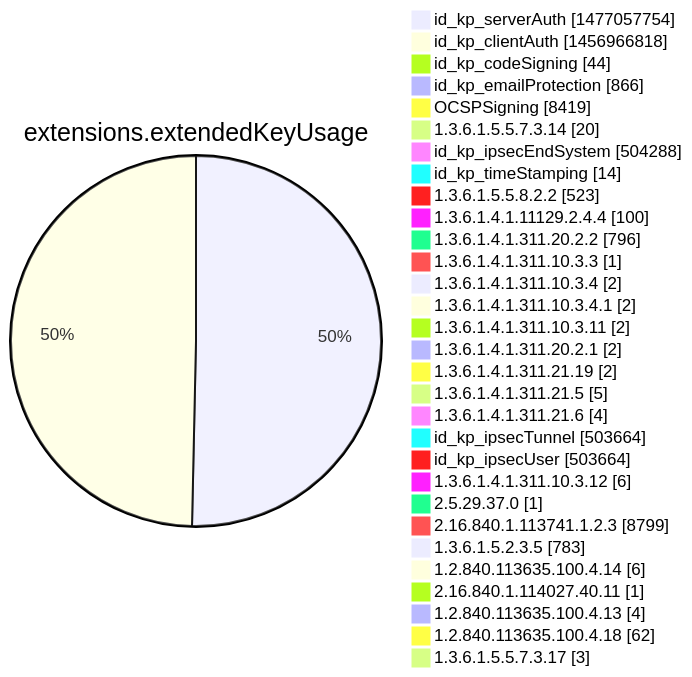
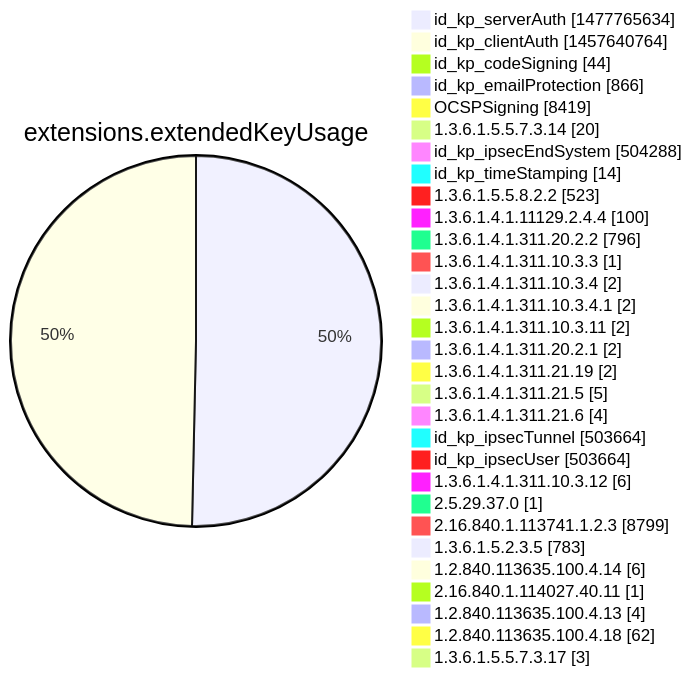
Before and after one commit to christiankrug/ctmonitor_visualization: diagram 12 of 15 in argon2022/README.md, drawn with Mermaid. The commit also changed other lines of this file, not shown here.

````diff
--- a/argon2022/README.md
+++ b/argon2022/README.md
@@ -3555,34 +3555,34 @@
 ```mermaid
 pie showData
 title extensions.extendedKeyUsage
-"id_kp_serverAuth" :1477057754
-"id_kp_clientAuth" :1456966818
+"id_kp_serverAuth" :1477765634
+"id_kp_clientAuth" :1457640764
 "id_kp_codeSigning" :44
 "id_kp_emailProtection" :866
 "OCSPSigning" :8419
 "1.3.6.1.5.5.7.3.14" :20
 "id_kp_ipsecEndSystem" :504288
 "id_kp_timeStamping" :14
 "1.3.6.1.5.5.8.2.2" :523
 "1.3.6.1.4.1.11129.2.4.4" :100
 "1.3.6.1.4.1.311.20.2.2" :796
 "1.3.6.1.4.1.311.10.3.3" :1
 "1.3.6.1.4.1.311.10.3.4" :2
 "1.3.6.1.4.1.311.10.3.4.1" :2
 "1.3.6.1.4.1.311.10.3.11" :2
 "1.3.6.1.4.1.311.20.2.1" :2
 "1.3.6.1.4.1.311.21.19" :2
 "1.3.6.1.4.1.311.21.5" :5
 "1.3.6.1.4.1.311.21.6" :4
 "id_kp_ipsecTunnel" :503664
 "id_kp_ipsecUser" :503664
 "1.3.6.1.4.1.311.10.3.12" :6
 "2.5.29.37.0" :1
 "2.16.840.1.113741.1.2.3" :8799
 "1.3.6.1.5.2.3.5" :783
 "1.2.840.113635.100.4.14" :6
 "2.16.840.1.114027.40.11" :1
 "1.2.840.113635.100.4.13" :4
 "1.2.840.113635.100.4.18" :62
 "1.3.6.1.5.5.7.3.17" :3
 ```
````
